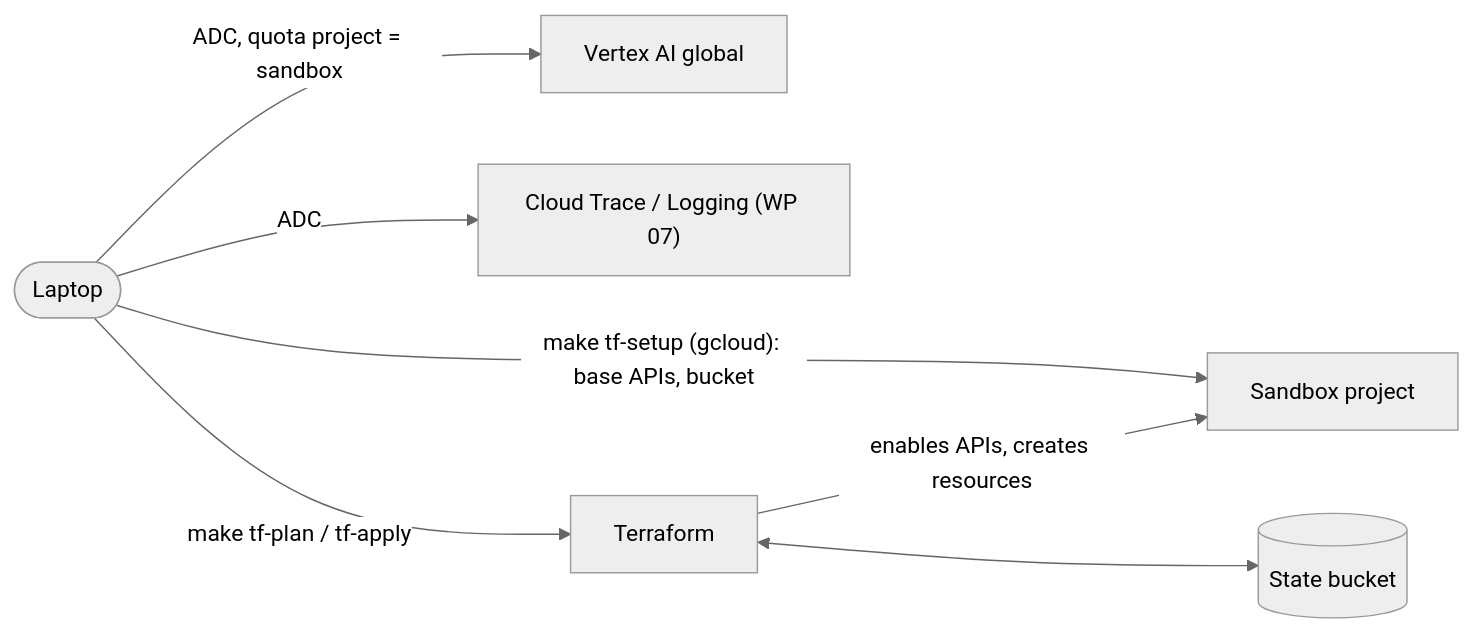
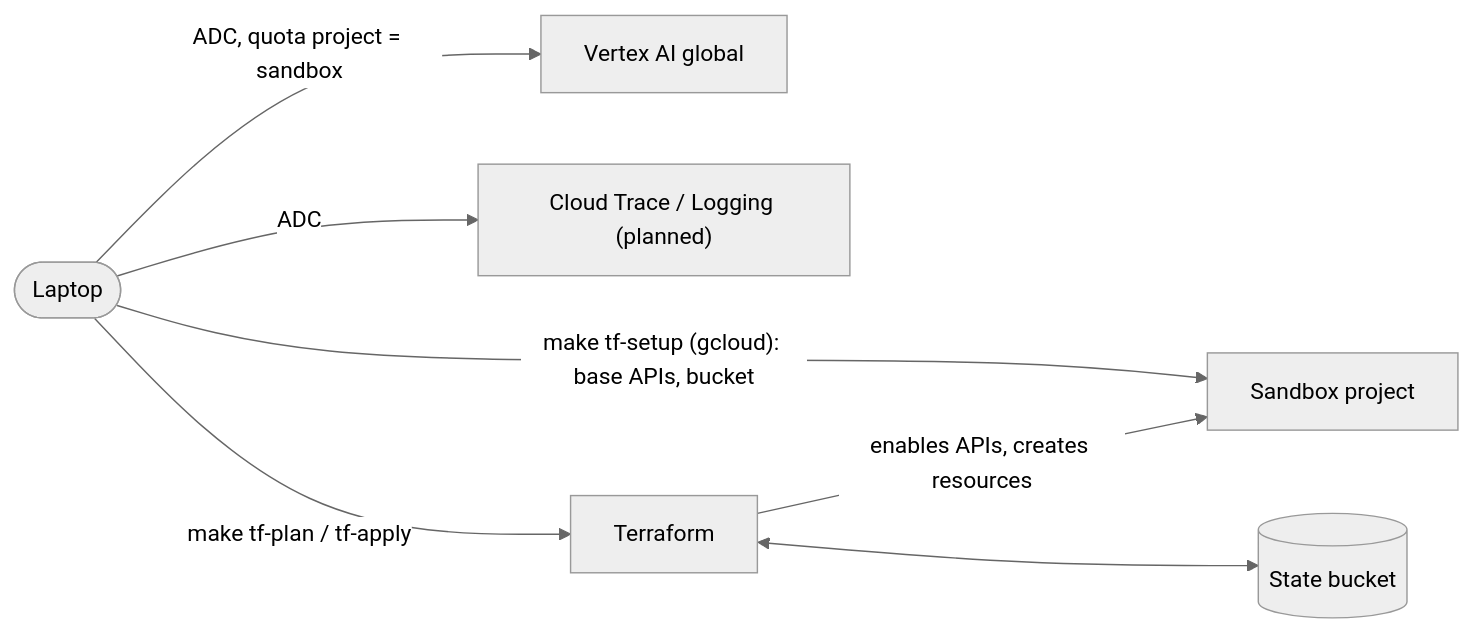
One commit to maxvandenhoven/imposter changed the third of 3 diagrams in docs/infrastructure.md. Above: the diagram before and after it, drawn with Mermaid (neutral theme). The commit also changed other lines of this file and 4 other files, not shown here.

````diff
--- a/docs/infrastructure.md
+++ b/docs/infrastructure.md
@@ -79,8 +78,8 @@
 ```mermaid
 flowchart LR
   laptop(["Laptop"]) -->|"ADC, quota project = sandbox"| vertex["Vertex AI global"]
-  laptop -->|"ADC"| trace["Cloud Trace / Logging (WP 07)"]
+  laptop -->|"ADC"| trace["Cloud Trace / Logging (planned)"]
   laptop -->|"make tf-setup (gcloud): base APIs, bucket"| project
   laptop -->|"make tf-plan / tf-apply"| tf["Terraform"] -->|"enables APIs, creates resources"| project["Sandbox project"]
   tf <--> bucket[("State bucket")]
 ```
````
